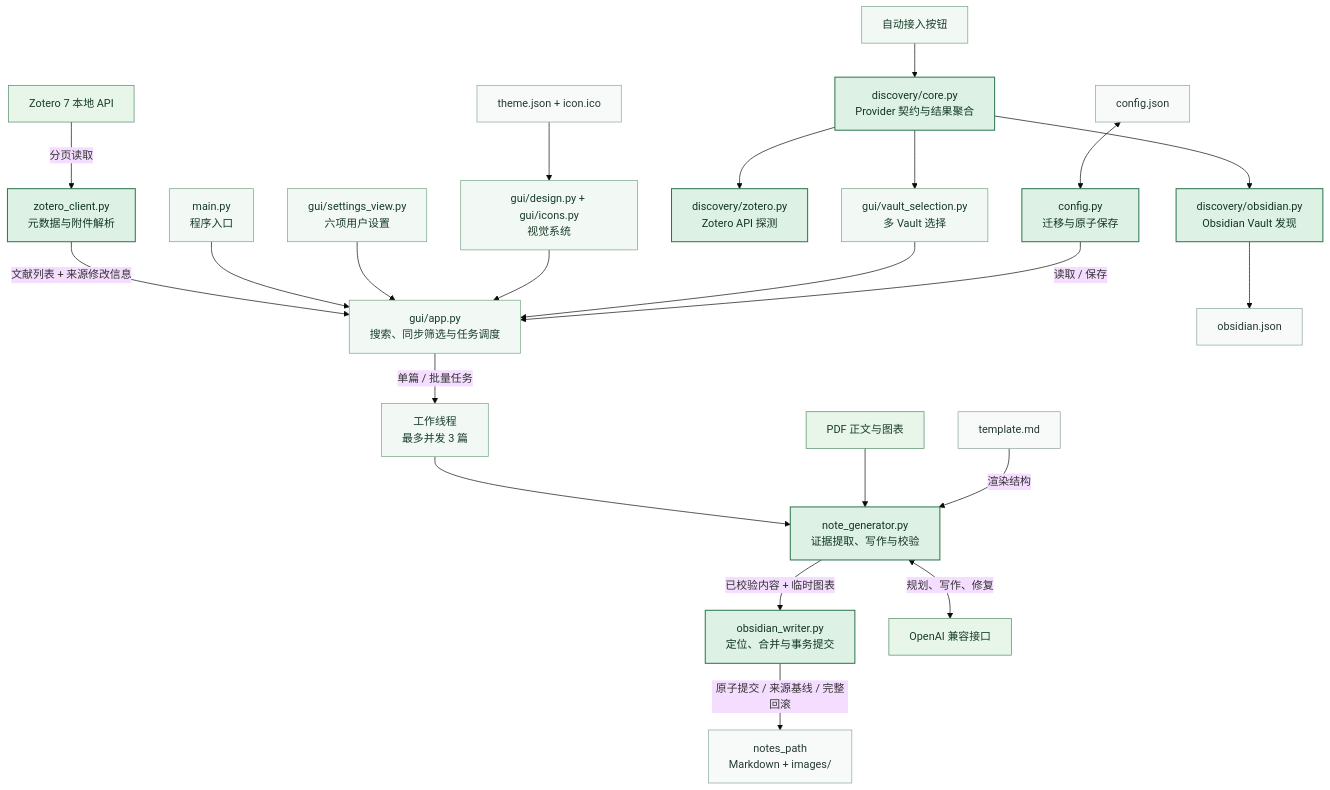
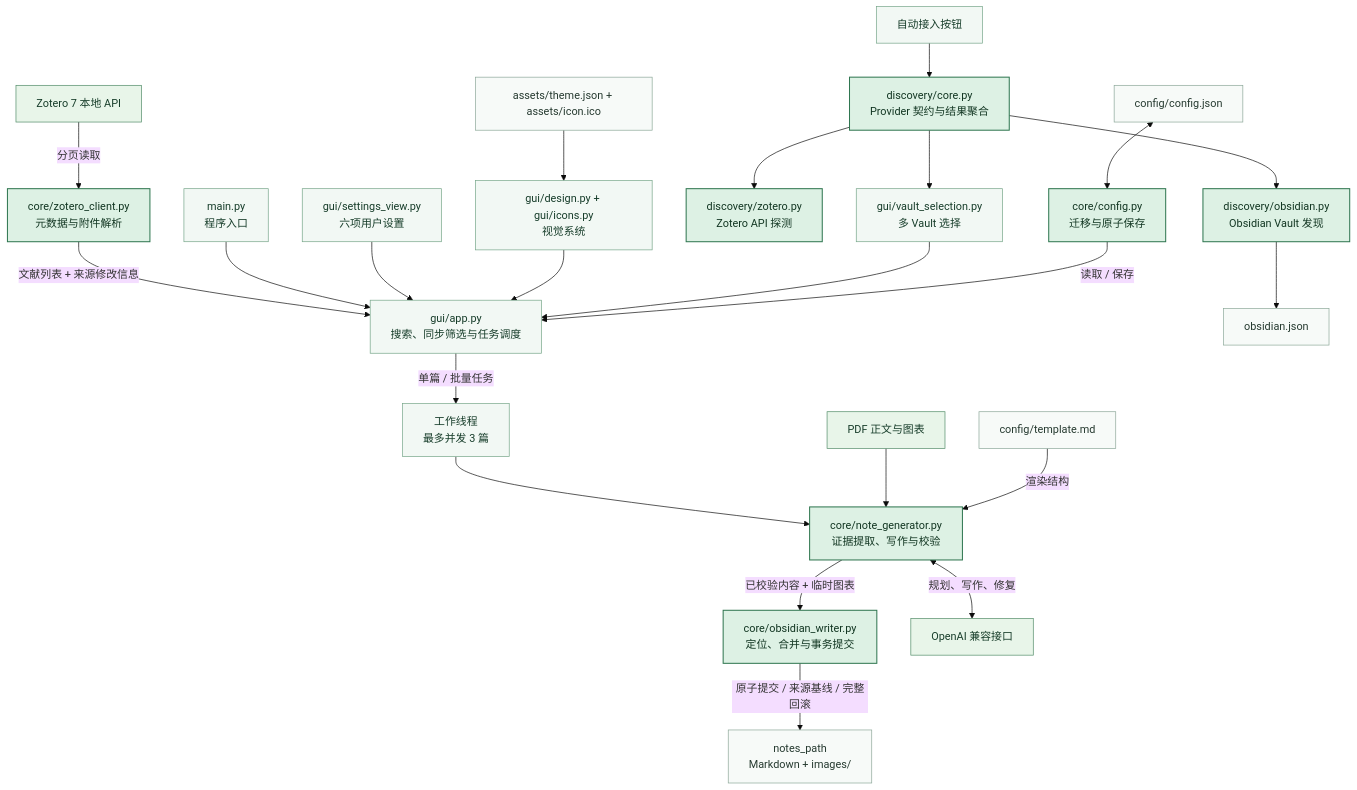
Before and after one commit to S0gn-G/ZOTERO-OBS: the diagram in README.md, drawn with Mermaid. The commit also changed other lines of this file and 32 other files, not shown here.

````diff
--- a/README.md
+++ b/README.md
@@ -138,38 +148,38 @@
 ```mermaid
 %%{init: {"theme": "base", "themeVariables": {"fontFamily": "Microsoft YaHei UI, sans-serif"}}}%%
 flowchart TB
-    ZOTERO["Zotero 7 本地 API"] -->|"分页读取"| ZCLIENT["zotero_client.py<br/>元数据与附件解析"]
+    ZOTERO["Zotero 7 本地 API"] -->|"分页读取"| ZCLIENT["core/zotero_client.py<br/>元数据与附件解析"]
     ZCLIENT -->|"文献列表 + 来源修改信息"| APP["gui/app.py<br/>搜索、同步筛选与任务调度"]
     APP -->|"单篇 / 批量任务"| WORKERS["工作线程<br/>最多并发 3 篇"]
-    WORKERS --> GENERATOR["note_generator.py<br/>证据提取、写作与校验"]
-    GENERATOR -->|"已校验内容 + 临时图表"| WRITER["obsidian_writer.py<br/>定位、合并与事务提交"]
+    WORKERS --> GENERATOR["core/note_generator.py<br/>证据提取、写作与校验"]
+    GENERATOR -->|"已校验内容 + 临时图表"| WRITER["core/obsidian_writer.py<br/>定位、合并与事务提交"]
     WRITER -->|"原子提交 / 来源基线 / 完整回滚"| NOTES["notes_path<br/>Markdown + images/"]
 
     ENTRY["main.py<br/>程序入口"] --> APP
     SETTINGS["gui/settings_view.py<br/>六项用户设置"] --> APP
     VISUAL["gui/design.py + gui/icons.py<br/>视觉系统"] --> APP
     AUTOCONNECT["自动接入按钮"] --> DISCOVERY["discovery/core.py<br/>Provider 契约与结果聚合"]
     DISCOVERY --> ZPROVIDER["discovery/zotero.py<br/>Zotero API 探测"]
     DISCOVERY --> OPROVIDER["discovery/obsidian.py<br/>Obsidian Vault 发现"]
     OPROVIDER --> OBSREG["obsidian.json"]
     DISCOVERY --> VAULTUI["gui/vault_selection.py<br/>多 Vault 选择"]
     VAULTUI --> APP
 
-    CFGFILE["config.json"] <--> CONFIG["config.py<br/>迁移与原子保存"]
+    CFGFILE["config/config.json"] <--> CONFIG["core/config.py<br/>迁移与原子保存"]
     CONFIG -->|"读取 / 保存"| APP
-    THEME["theme.json + icon.ico"] --> VISUAL
+    THEME["assets/theme.json + assets/icon.ico"] --> VISUAL
 
     PDF["PDF 正文与图表"] --> GENERATOR
-    TEMPLATE["template.md"] -->|"渲染结构"| GENERATOR
+    TEMPLATE["config/template.md"] -->|"渲染结构"| GENERATOR
     GENERATOR <-->|"规划、写作、修复"| LLM["OpenAI 兼容接口"]
 
     classDef source fill:#E8F5E9,stroke:#4F8A66,color:#173D2A,stroke-width:1px;
     classDef ui fill:#F2F8F4,stroke:#74A487,color:#173D2A,stroke-width:1px;
     classDef core fill:#DDF1E4,stroke:#2F7650,color:#123622,stroke-width:1.5px;
     classDef storage fill:#F7FAF8,stroke:#8AA697,color:#263A30,stroke-width:1px;
 
     class ZOTERO,PDF,LLM source;
     class ENTRY,APP,SETTINGS,VISUAL,WORKERS,AUTOCONNECT,VAULTUI ui;
     class ZCLIENT,GENERATOR,WRITER,CONFIG,DISCOVERY,ZPROVIDER,OPROVIDER core;
     class CFGFILE,THEME,TEMPLATE,NOTES,OBSREG storage;
 ```
````
